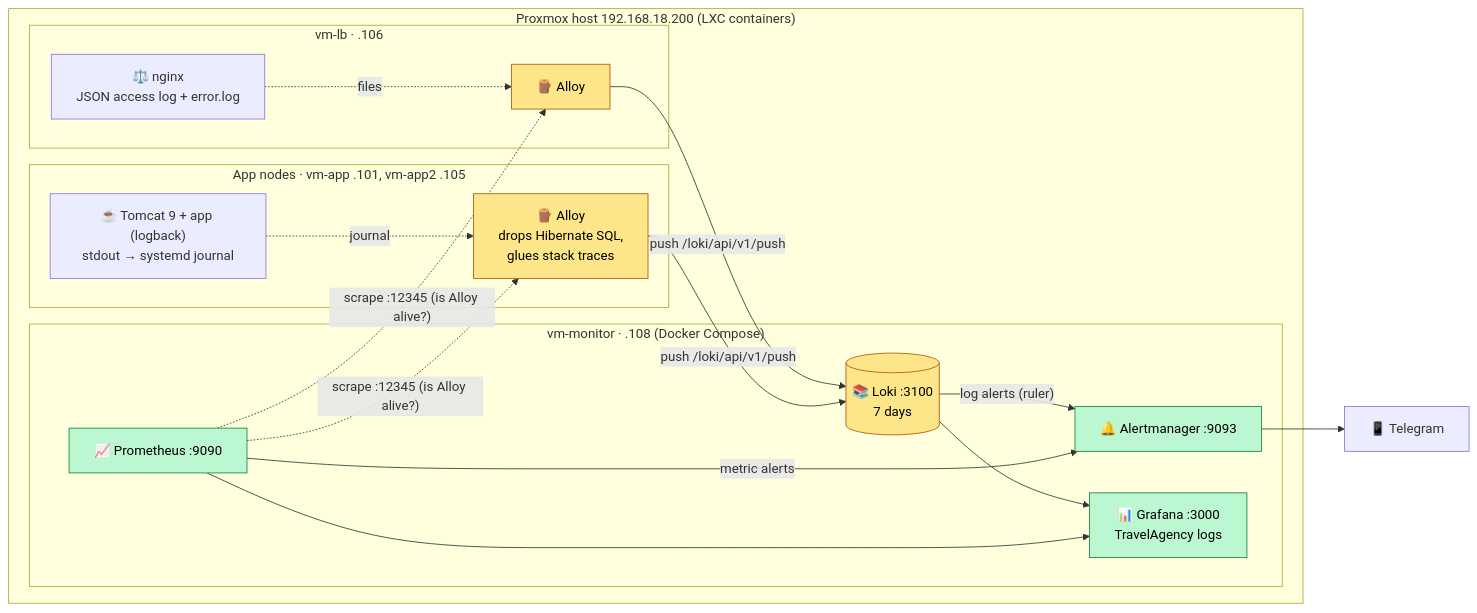
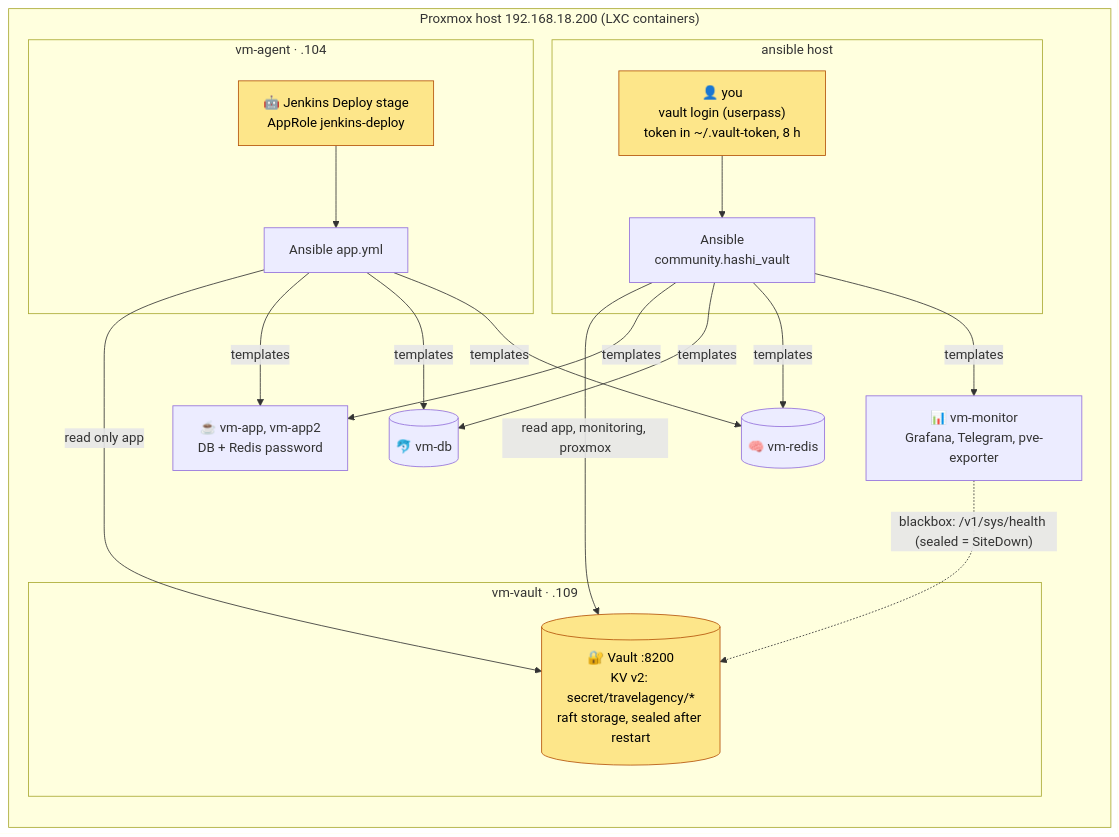
Before and after one commit to nazariybu/travelagency: the diagram in README.md, drawn with Mermaid. The commit also changed other lines of this file and 16 other files, not shown here.

Commit message:
feat(secrets): move secrets from .env and Jenkins to HashiCorp Vault

````diff
--- a/README.md
+++ b/README.md
@@ -9,38 +11,34 @@
 ```mermaid
 flowchart LR
   subgraph px["Proxmox host 192.168.18.200 (LXC containers)"]
-    subgraph lb["vm-lb · .106"]
-      nginx["⚖️ nginx<br/>JSON access log + error.log"]
-      al1["🪵 Alloy"]
+    subgraph v["vm-vault · .109"]
+      vault[("🔐 Vault :8200<br/>KV v2: secret/travelagency/*<br/>raft storage, sealed after restart")]
     end
 
-    subgraph app["App nodes · vm-app .101, vm-app2 .105"]
-      tc["☕ Tomcat 9 + app (logback)<br/>stdout → systemd journal"]
-      al2["🪵 Alloy<br/>drops Hibernate SQL,<br/>glues stack traces"]
+    subgraph ah["ansible host"]
+      me["👤 you<br/>vault login (userpass)<br/>token in ~/.vault-token, 8 h"]
+      an1["Ansible<br/>community.hashi_vault"]
     end
 
-    subgraph mon["vm-monitor · .108 (Docker Compose)"]
-      loki[("📚 Loki :3100<br/>7 days")]
-      prom["📈 Prometheus :9090"]
-      am["🔔 Alertmanager :9093"]
-      graf["📊 Grafana :3000<br/>TravelAgency logs"]
+    subgraph ag["vm-agent · .104"]
+      jk["🤖 Jenkins Deploy stage<br/>AppRole jenkins-deploy"]
+      an2["Ansible app.yml"]
     end
+
+    app["☕ vm-app, vm-app2<br/>DB + Redis password"]
+    db[("🐬 vm-db")]
+    rd[("🧠 vm-redis")]
+    mon["📊 vm-monitor<br/>Grafana, Telegram, pve-exporter"]
   end
 
-  tg["📱 Telegram"]
+  me --> an1
+  an1 -- "read app, monitoring, proxmox" --> vault
+  jk --> an2
+  an2 -- "read only app" --> vault
+  an1 & an2 -- "templates" --> app & db & rd
+  an1 -- "templates" --> mon
+  mon -. "blackbox: /v1/sys/health (sealed = SiteDown)" .-> vault
 
-  nginx -. files .-> al1
-  tc -. journal .-> al2
-  al1 & al2 -- "push /loki/api/v1/push" --> loki
-  loki --> graf
-  prom --> graf
-  loki -- "log alerts (ruler)" --> am
-  prom -- "metric alerts" --> am
-  am --> tg
-  prom -. "scrape :12345 (is Alloy alive?)" .-> al1 & al2
-
-  classDef logs fill:#fde68a,stroke:#b45309,color:#000
-  classDef obs fill:#bbf7d0,stroke:#15803d,color:#000
-  class al1,al2,loki logs
-  class prom,graf,am obs
+  classDef sec fill:#fde68a,stroke:#b45309,color:#000
+  class vault,me,jk sec
 ```
````
